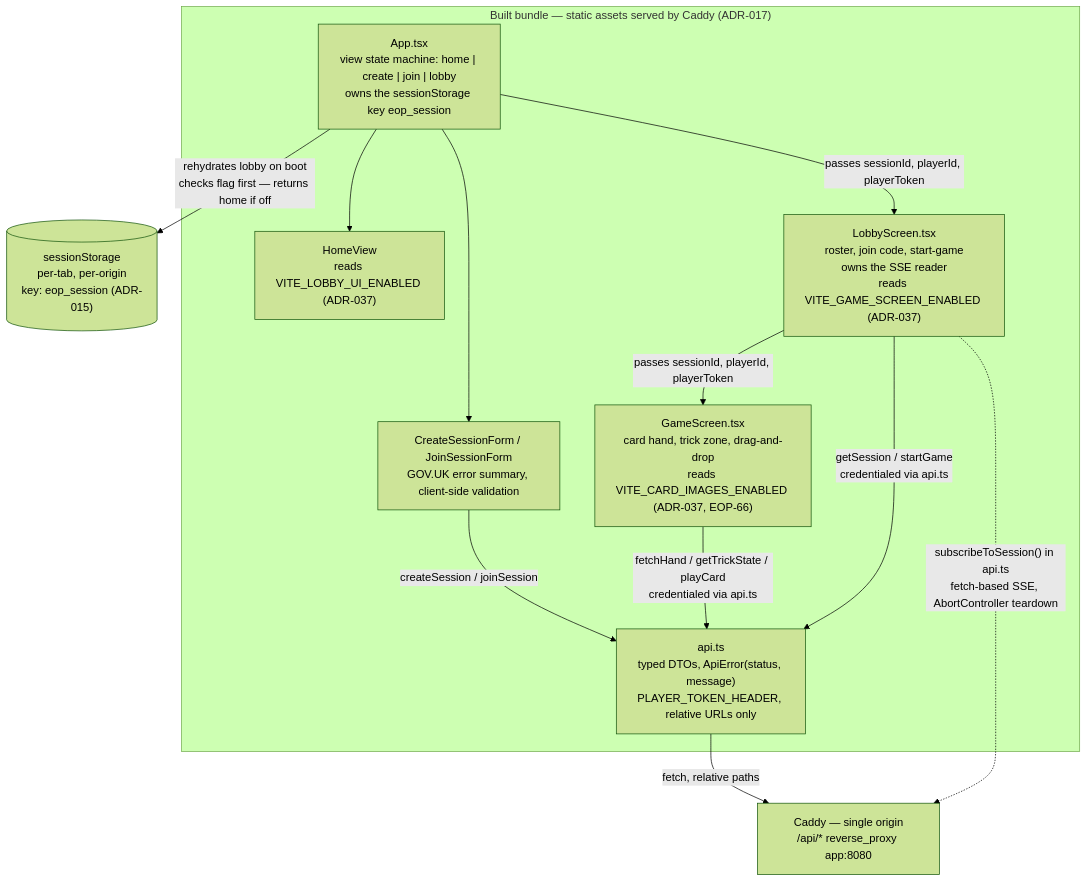
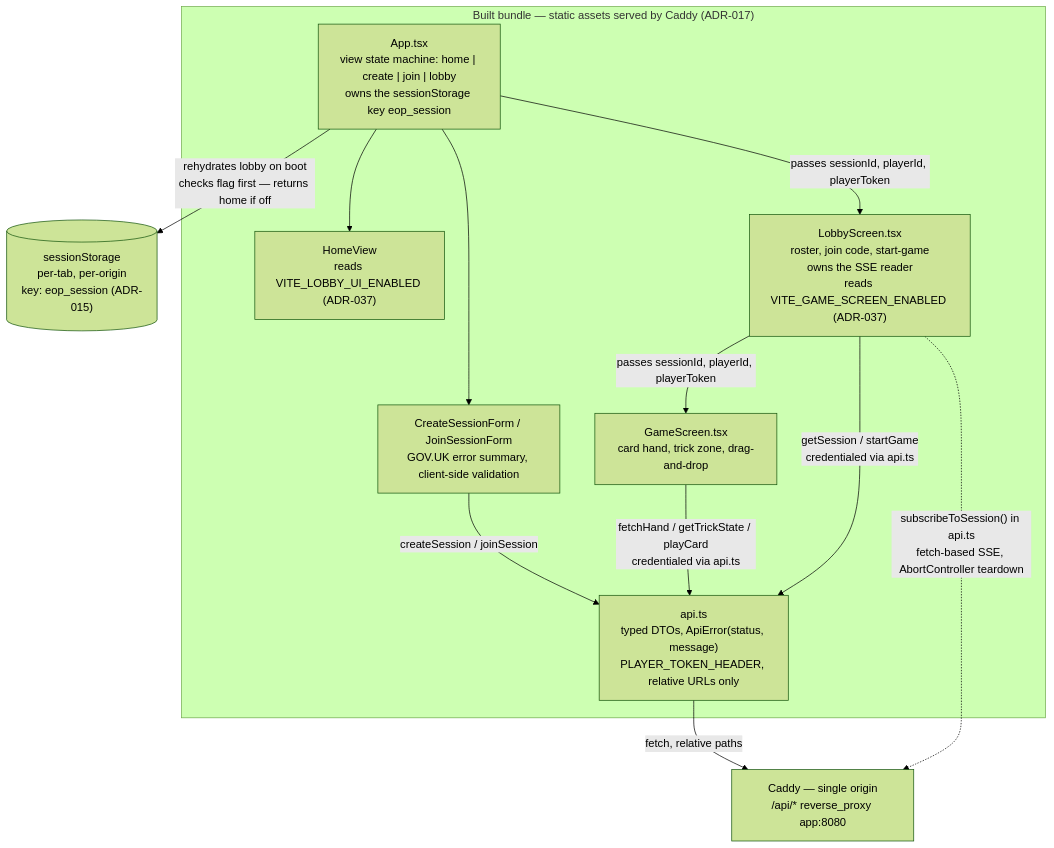
One commit to maglez/eop-threat-medeling changed the third of 5 diagrams in docs/architecture/C4-Diagrams.md. Above: the diagram before and after it, drawn with Mermaid (forest theme). The commit also changed other lines of this file and 8 other files, not shown here.

First line of the commit message:
[EOP-74] feat: remove VITE_CARD_IMAGES_ENABLED flag — card images always on (#78)

````diff
--- a/docs/architecture/C4-Diagrams.md
+++ b/docs/architecture/C4-Diagrams.md
@@ -789,27 +789,27 @@
 ```mermaid
 flowchart TD
     subgraph bundle["Built bundle — static assets served by Caddy (ADR-017)"]
         APP["App.tsx<br/>view state machine: home | create | join | lobby<br/>owns the sessionStorage key eop_session"]
         HOME["HomeView<br/>reads VITE_LOBBY_UI_ENABLED (ADR-037)"]
         FORMS["CreateSessionForm / JoinSessionForm<br/>GOV.UK error summary, client-side validation"]
         LOBBY["LobbyScreen.tsx<br/>roster, join code, start-game<br/>owns the SSE reader<br/>reads VITE_GAME_SCREEN_ENABLED (ADR-037)"]
-        GAME["GameScreen.tsx<br/>card hand, trick zone, drag-and-drop<br/>reads VITE_CARD_IMAGES_ENABLED (ADR-037, EOP-66)"]
+        GAME["GameScreen.tsx<br/>card hand, trick zone, drag-and-drop"]
         API["api.ts<br/>typed DTOs, ApiError(status, message)<br/>PLAYER_TOKEN_HEADER, relative URLs only"]
     end
 
     SS[("sessionStorage<br/>per-tab, per-origin<br/>key: eop_session (ADR-015)")]
     CADDY["Caddy — single origin<br/>/api/* reverse_proxy app:8080"]
 
     APP -->|"rehydrates lobby on boot<br/>checks flag first — returns home if off"| SS
     APP --> HOME
     APP --> FORMS
     APP -->|"passes sessionId, playerId, playerToken"| LOBBY
     LOBBY -->|"passes sessionId, playerId, playerToken"| GAME
 
     FORMS -->|"createSession / joinSession"| API
     LOBBY -->|"getSession / startGame<br/>credentialed via api.ts"| API
     LOBBY -.->|"subscribeToSession() in api.ts<br/>fetch-based SSE, AbortController teardown"| CADDY
     GAME -->|"fetchHand / getTrickState / playCard<br/>credentialed via api.ts"| API
 
     API -->|"fetch, relative paths"| CADDY
 ```
````
